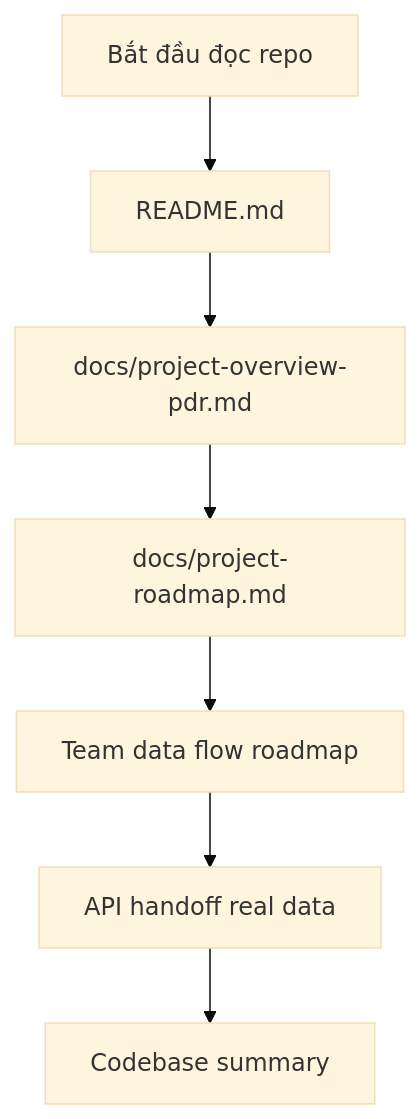
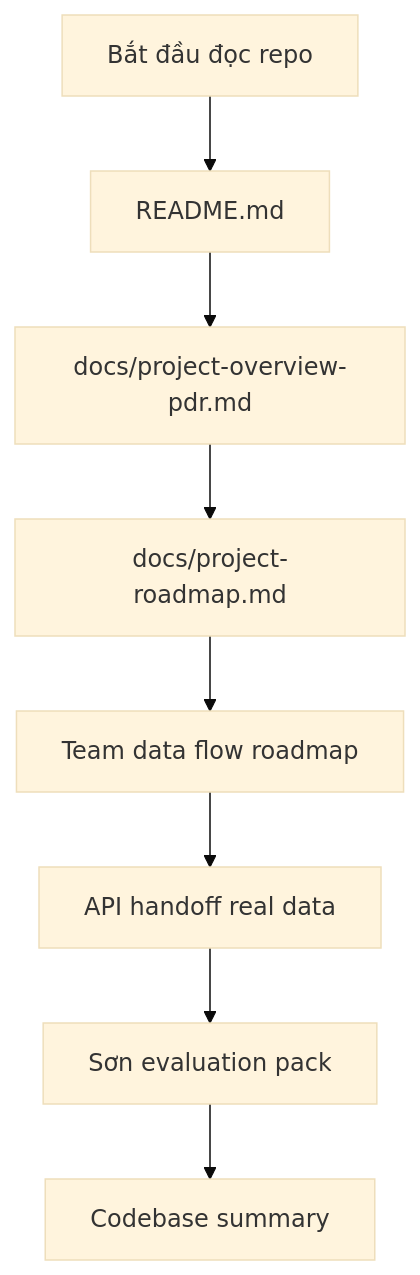
The first of 2 diagrams in docs/README.md (uit-25730067-chithanh/AI002-Team22-DT10), drawn with Mermaid (base theme) before and after one commit. The commit also changed other lines of this file and 3 other files, not shown here.

First line of the commit message:
docs: sync roadmap with Son evaluation pack

````diff
--- a/docs/README.md
+++ b/docs/README.md
@@ -17,9 +21,10 @@
 ```mermaid
 flowchart TD
     A[Bắt đầu đọc repo] --> B[README.md]
     B --> C[docs/project-overview-pdr.md]
     C --> D[docs/project-roadmap.md]
     D --> E[Team data flow roadmap]
     E --> F[API handoff real data]
-    F --> G[Codebase summary]
+    F --> G[Sơn evaluation pack]
+    G --> H[Codebase summary]
 ```
````
